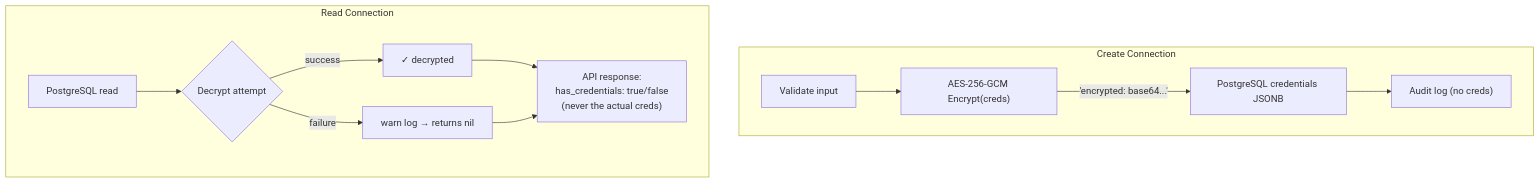
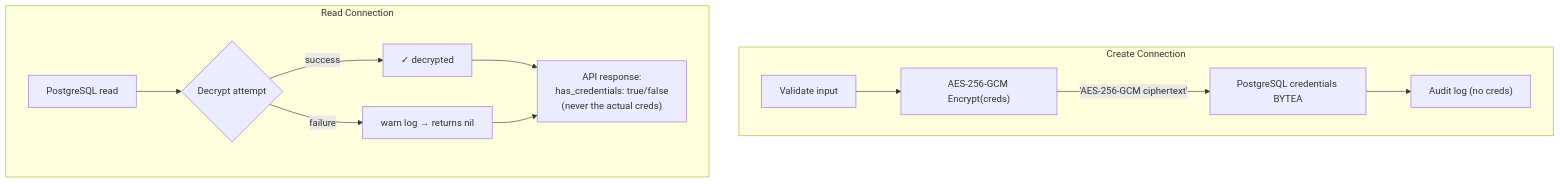
The sixth of 6 diagrams in docs/build-summary.md (linuxfoundation/lfx-v2-campaign-service), drawn with Mermaid before and after one commit. The commit also changed 2 other files, not shown here.

Commit message:
docs: address Copilot re-review — consistent DDL and types
- Present per-provider tables as a shared common-column fragment + provider-
  specific columns, so no snippet indexes a column it doesn't show (google_ads
  shown in full as the worked example). Fixes the 'omits common columns' notes.
- Correct credential column to BYTEA in the build-summary data-flow diagram
  (was JSONB) — it holds AES-256-GCM ciphertext.
- Align campaign_briefs.approved_by to JSONB {name,email,username} in the
  architecture ER diagram (matched the schema doc).
- Fix pgcrypto rationale: pgcrypto can do symmetric encryption; the reason for
  app-level AES-GCM is key custody (key never lives in the DB), not capability.

````diff
--- a/docs/build-summary.md
+++ b/docs/build-summary.md
@@ -339,15 +339,15 @@
 ```mermaid
 flowchart TD
     subgraph create["Create Connection"]
         validate["Validate input"] --> encrypt["AES-256-GCM Encrypt(creds)"]
-        encrypt -->|'encrypted: base64...'| store["PostgreSQL credentials JSONB"]
+        encrypt -->|'AES-256-GCM ciphertext'| store["PostgreSQL credentials BYTEA"]
         store --> audit["Audit log (no creds)"]
     end
 
     subgraph read["Read Connection"]
         pgread["PostgreSQL read"] --> decrypt{Decrypt attempt}
         decrypt -->|success| ok["✓ decrypted"]
         decrypt -->|failure| warn["warn log → returns nil"]
         ok & warn --> response["API response:\nhas_credentials: true/false\n(never the actual creds)"]
     end
 ```
````
